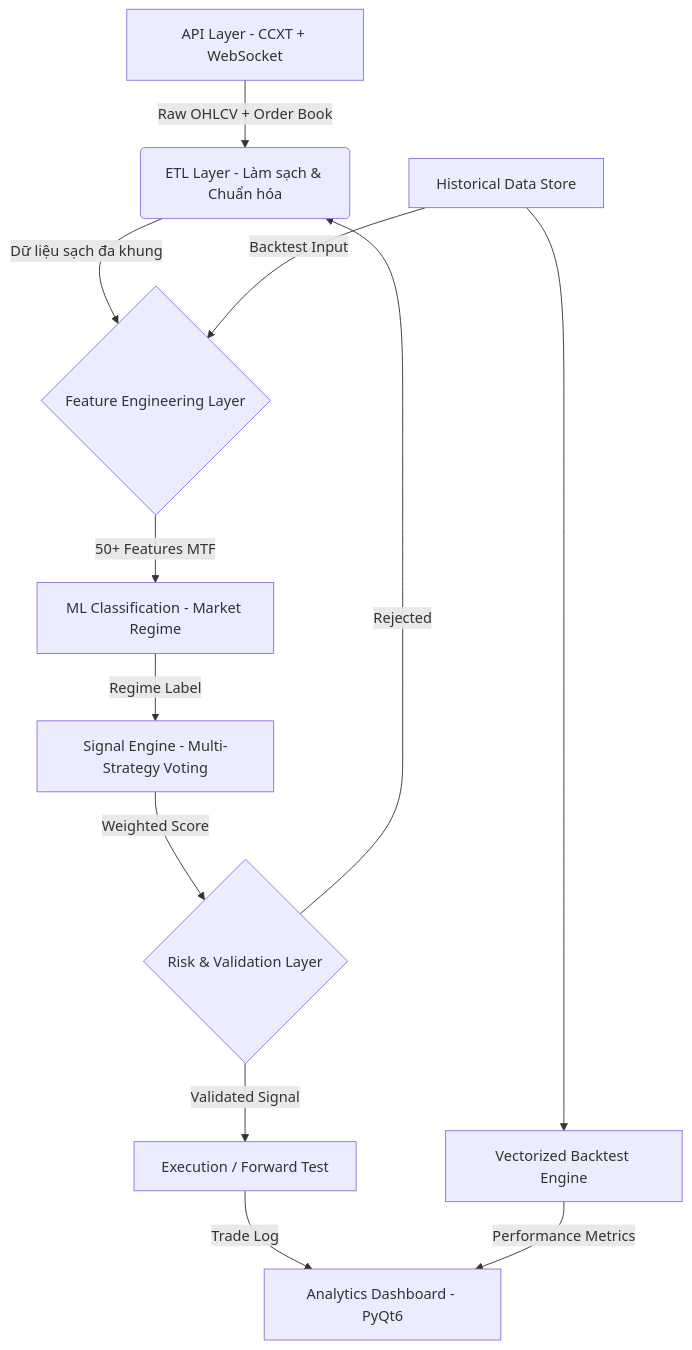
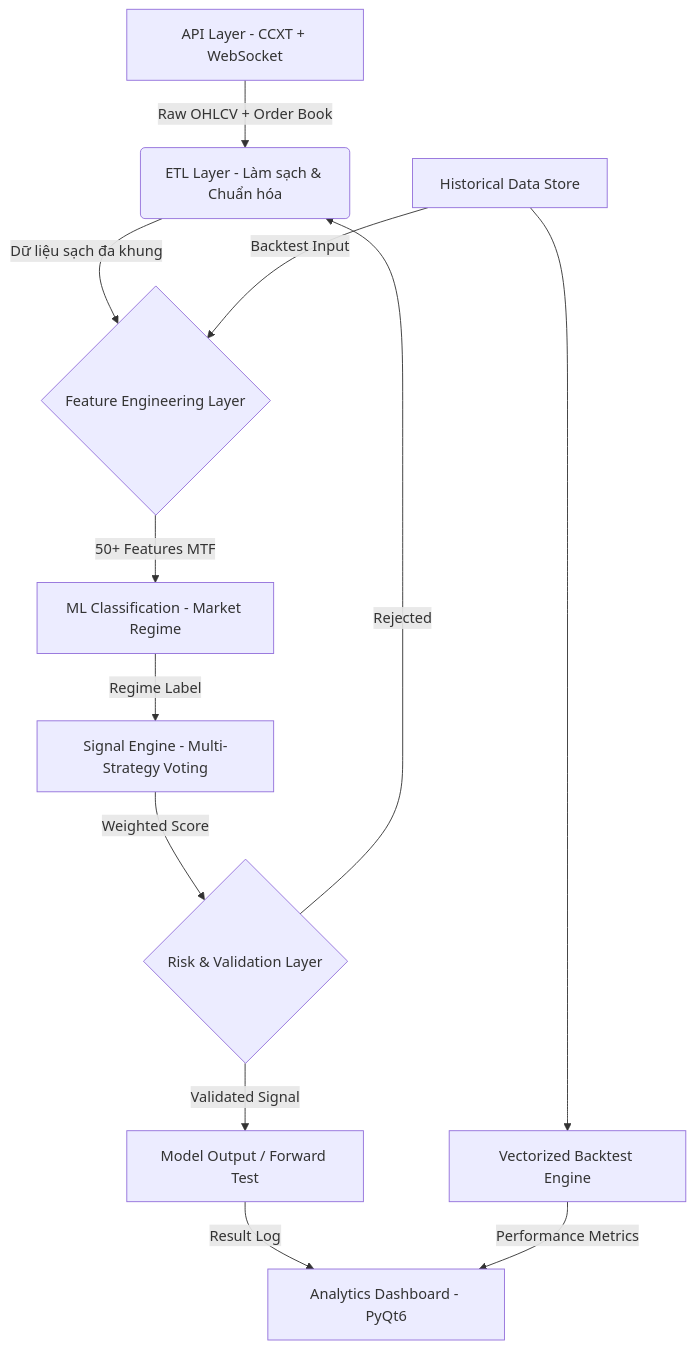
One commit to ritdexHQ/Kairos-v2 changed the diagram in README.md. Above: the diagram before and after it, drawn with Mermaid. The commit also changed other lines of this file, not shown here.

````diff
--- a/README.md
+++ b/README.md
@@ -162,15 +164,15 @@
 ```mermaid
 graph TD
     A[API Layer - CCXT + WebSocket] -->|Raw OHLCV + Order Book| B(ETL Layer - Làm sạch & Chuẩn hóa)
     B -->|Dữ liệu sạch đa khung| C{Feature Engineering Layer}
     C -->|50+ Features MTF| D[ML Classification - Market Regime]
     D -->|Regime Label| E[Signal Engine - Multi-Strategy Voting]
     E -->|Weighted Score| F{Risk & Validation Layer}
-    F -->|Validated Signal| G[Execution / Forward Test]
+    F -->|Validated Signal| G[Model Output / Forward Test]
     F -->|Rejected| B
-    G -->|Trade Log| H[Analytics Dashboard - PyQt6]
+    G -->|Result Log| H[Analytics Dashboard - PyQt6]
 
     I[Historical Data Store] -->|Backtest Input| C
     I --> J[Vectorized Backtest Engine]
     J -->|Performance Metrics| H
 ```
````
